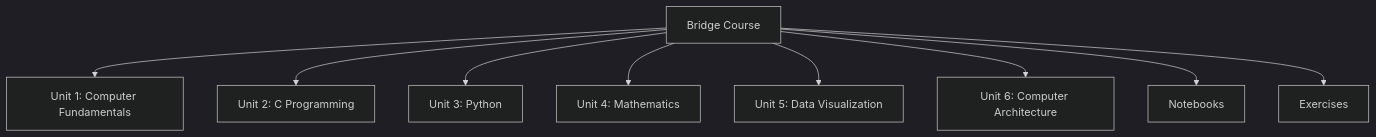
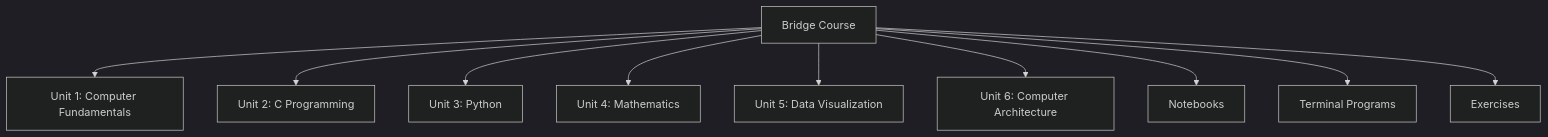
Before and after one commit to vibhug0077/Bridge-Course: the diagram in Readme.md, drawn with Mermaid (dark theme). The commit also changed other lines of this file and 22 other files, not shown here.

````diff
--- a/Readme.md
+++ b/Readme.md
@@ -9,12 +9,13 @@
 ```mermaid
 flowchart TB
     R[Bridge Course]
     R --> U1[Unit 1: Computer Fundamentals]
     R --> U2[Unit 2: C Programming]
     R --> U3[Unit 3: Python]
     R --> U4[Unit 4: Mathematics]
     R --> U5[Unit 5: Data Visualization]
     R --> U6[Unit 6: Computer Architecture]
     R --> NB[Notebooks]
+    R --> PR[Terminal Programs]
     R --> EX[Exercises]
 ```
````
